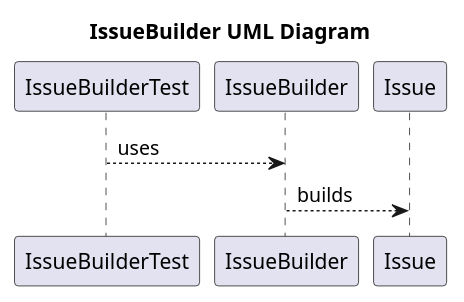
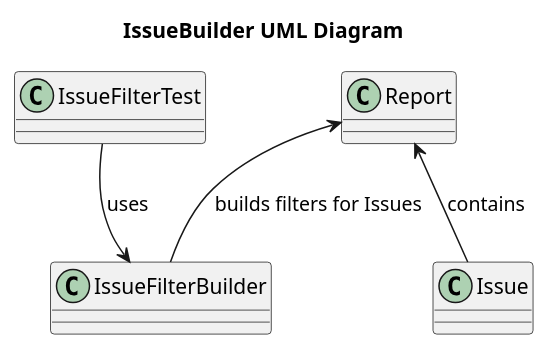
The diagram in doc/IssueBuilderUMLDiagram.puml (jenkinsci/analysis-model), drawn with PlantUML before and after one commit. The commit also changed 1 other file, not shown here.

Commit message:
Added IssueFilterBuilderUMLDiagram.puml Changed IssueBuilderUMLDiagram.puml

```diff
--- a/doc/IssueBuilderUMLDiagram.puml
+++ b/doc/IssueBuilderUMLDiagram.puml
@@ -1,7 +1,12 @@
 @startuml
 title IssueBuilder UML Diagram
 
-IssueBuilderTest --> IssueBuilder : uses
-Issue <-- IssueBuilder : builds
+class IssueFilterBuilder
+class IssueFilterTest
+class Report
+
+Report <-- Issue : contains
+Report <-- IssueFilterBuilder : builds filters for Issues
+IssueFilterTest --> IssueFilterBuilder :uses
 
 @enduml
```
